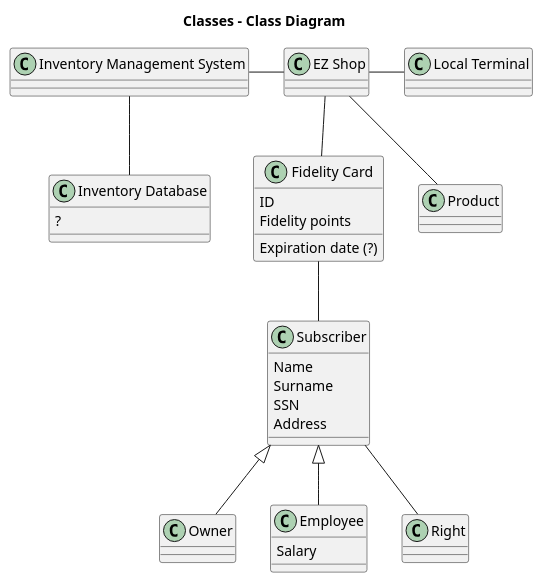
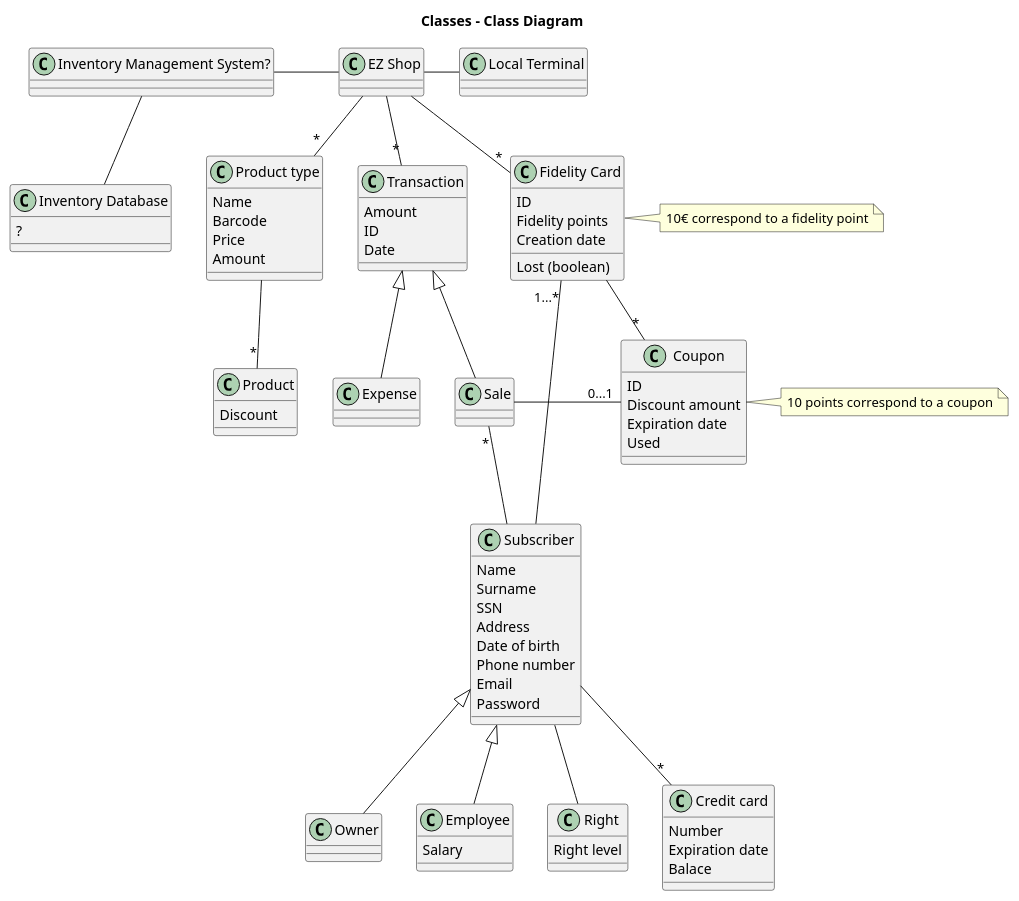
The second of 2 diagrams in Deliverables/RequirementsDocument.md (nicolabattaglino/ezshop), drawn with PlantUML before and after one commit.

Commit message:
Update RequirementsDocument.md update glossary

````diff
--- a/Deliverables/RequirementsDocument.md
+++ b/Deliverables/RequirementsDocument.md
@@ -184,6 +184,10 @@
 Surname
 SSN
 Address
+Date of birth
+Phone number 
+Email
+Password
 }
 class "Owner" as owner{
 }
@@ -193,30 +197,73 @@
 class "Local Terminal" as LT{
 }
 class "Product" as product{
+Discount
 }
 class "EZ Shop" as EZShop{
 }
 class "Right" as right{
+Right level
 }
 class "Fidelity Card" as fidelityCard{
 ID
 Fidelity points
-Expiration date (?)
+Creation date 
+Lost (boolean)
 }
-class "Inventory Management System" as IMS{
+class "Inventory Management System?" as IMS{
 }
 class "Inventory Database" as Idb{
 ?
 }
+class "Product type" as PT{
+Name
+Barcode
+Price 
+Amount
+}
+class "Coupon" as coupon{
+ID
+Discount amount
+Expiration date 
+Used
+}
+
+class "Transaction" as transaction{
+Amount
+ID
+Date
+}
+class "Expense" as expense {
+}
+
+class "Sale" as sale{
+}
+class "Credit card" as creditCard{
+Number 
+Expiration date
+Balace
+}
+
+note right of coupon : 10 points correspond to a coupon 
+note right of fidelityCard :10€ correspond to a fidelity point
+
 subscriber<|-- owner
 subscriber<|-- employee
-fidelityCard -- subscriber
-EZShop--fidelityCard 
+fidelityCard"1...*" -- subscriber
+EZShop--"*"fidelityCard 
 subscriber -- right
 EZShop - LT
 IMS - EZShop  
 IMS -- Idb
-EZShop -- product
+EZShop -- "*"PT
+PT -- "*"product
+subscriber --"*" creditCard
+EZShop -- "*"transaction
+transaction <|-- expense
+transaction <|-- sale
+fidelityCard -- "*"coupon 
+sale - "0...1"coupon
+sale"*" -- subscriber
 
 @enduml
 ```
````
